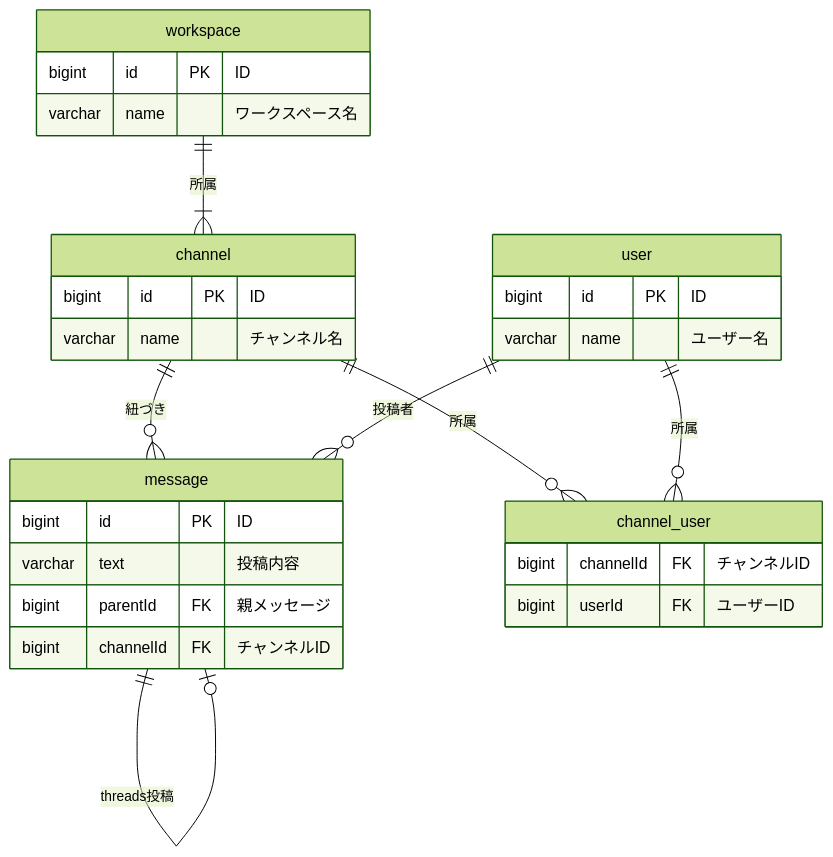
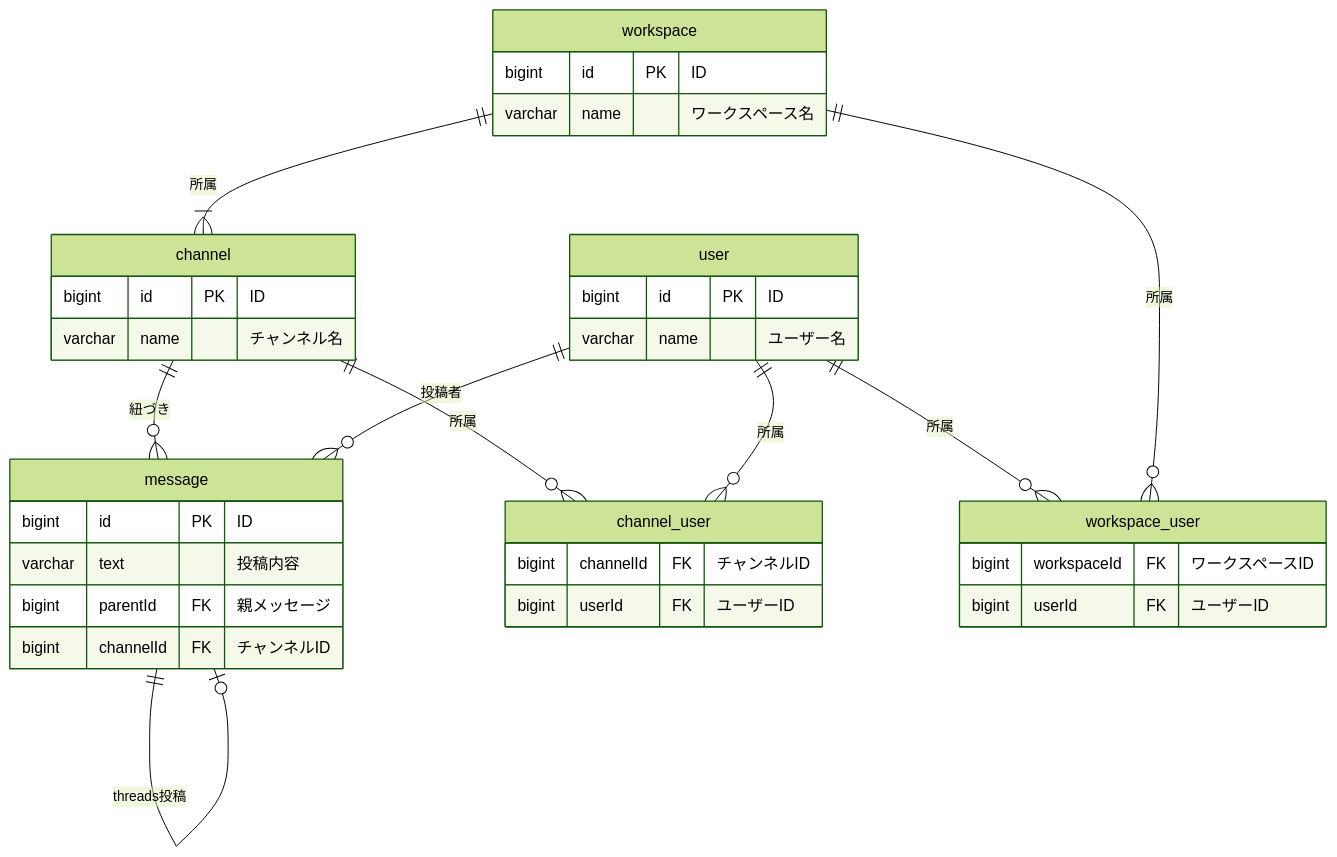
The diagram in Database/モデリング/課題2/課題1.md (onosi/prahaChallenge), drawn with Mermaid (forest theme) before and after one commit. The commit also changed other lines of this file, not shown here.

````diff
--- a/Database/モデリング/課題2/課題1.md
+++ b/Database/モデリング/課題2/課題1.md
@@ -6,37 +6,43 @@
 ```mermaid
 erDiagram
 workspace ||--|{ channel  : "所属"
 channel ||--o{ message : "紐づき"
 message ||--o| message: "threads投稿"
 user ||--o{ message : "投稿者"
 channel ||--o{ channel_user : "所属"
 user ||--o{ channel_user : "所属"
-    
+user ||--o{ workspace_user: "所属"
+workspace ||--o{ workspace_user: "所属"
+
 workspace {
   bigint id PK "ID"
   varchar name "ワークスペース名"
 }
 
 channel {
   bigint id PK "ID"
   varchar name "チャンネル名"
 }
 
 message {
 	bigint id PK "ID"
 	varchar text "投稿内容"
 	bigint parentId FK "親メッセージ"
 	bigint channelId FK "チャンネルID"
 }
 
 user {
 	bigint id PK "ID"
 	varchar name "ユーザー名"
 }
 
 channel_user {
 	bigint channelId FK "チャンネルID"
 	bigint userId FK "ユーザーID"
 }
 
+workspace_user {
+	bigint workspaceId FK "ワークスペースID"
+	bigint userId FK "ユーザーID"
+}
 ```
````
